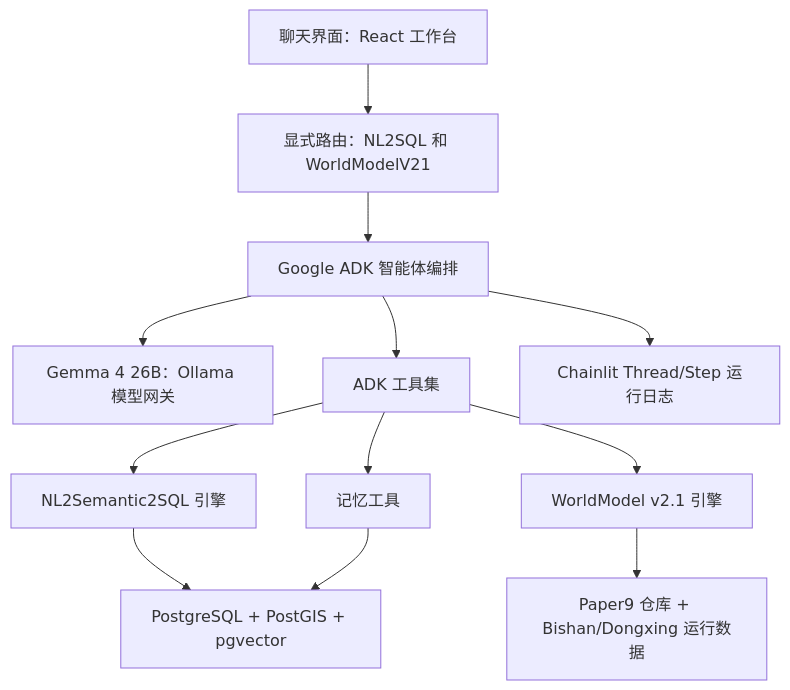
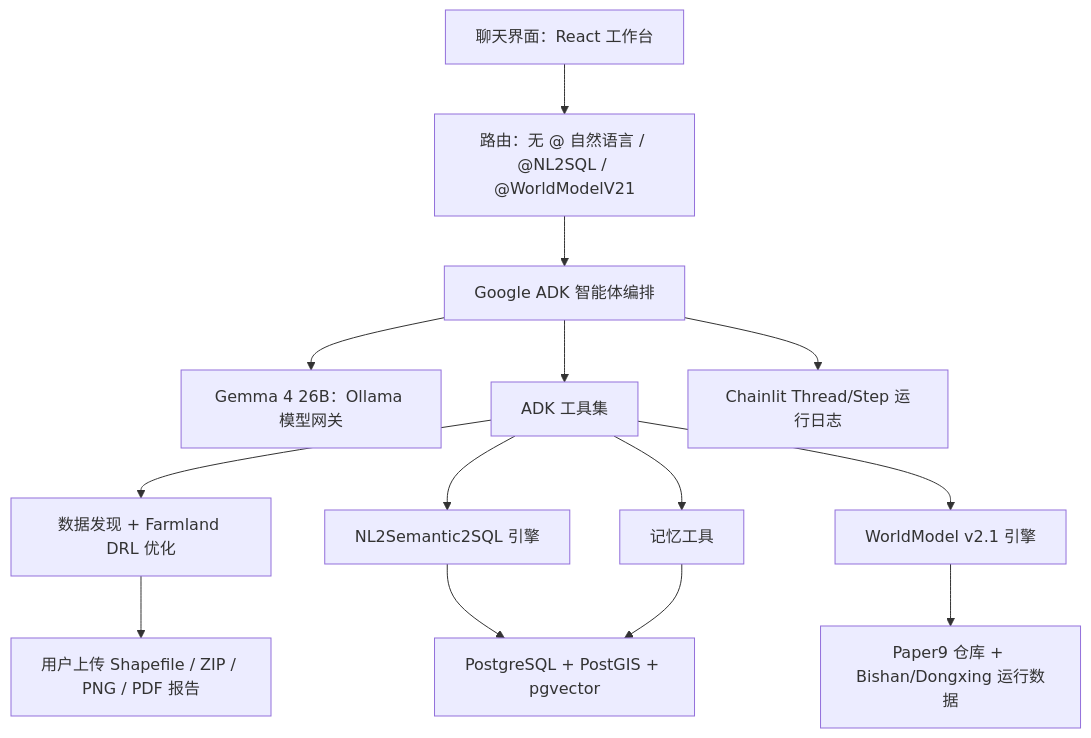
The diagram in README.md (zhouning/gisdataagent), drawn with Mermaid before and after one commit. The commit also changed other lines of this file, not shown here.

````diff
--- a/README.md
+++ b/README.md
@@ -132,14 +182,16 @@
 ```mermaid
 flowchart TB
-  U["聊天界面：React 工作台"] --> R["显式路由：NL2SQL 和 WorldModelV21"]
+  U["聊天界面：React 工作台"] --> R["路由：无 @ 自然语言 / @NL2SQL / @WorldModelV21"]
   R --> A["Google ADK 智能体编排"]
   A --> M["Gemma 4 26B：Ollama 模型网关"]
   A --> T["ADK 工具集"]
+  T --> F["数据发现 + Farmland DRL 优化"]
   T --> N["NL2Semantic2SQL 引擎"]
   T --> W["WorldModel v2.1 引擎"]
   T --> MEM["记忆工具"]
+  F --> FS1["用户上传 Shapefile / ZIP / PNG / PDF 报告"]
   N --> PG["PostgreSQL + PostGIS + pgvector"]
   MEM --> PG
   W --> FS["Paper9 仓库 + Bishan/Dongxing 运行数据"]
   A --> LOG["Chainlit Thread/Step 运行日志"]
 ```
````
